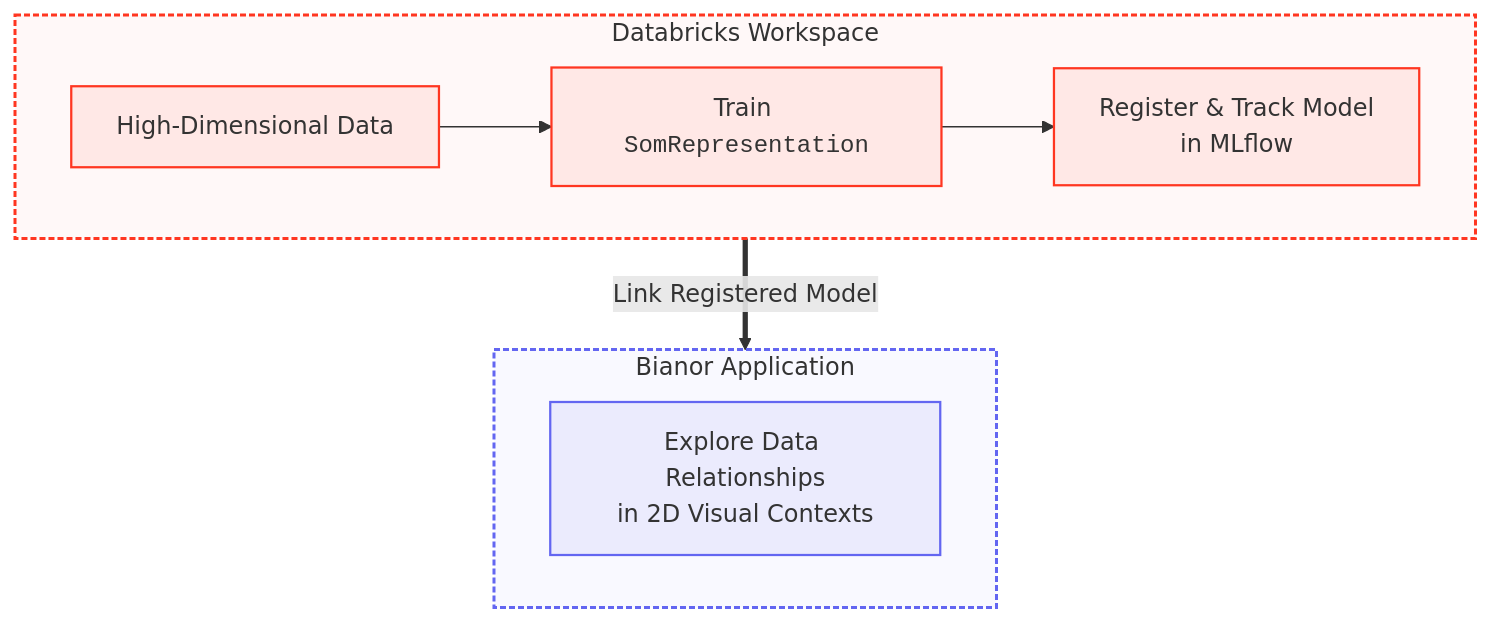
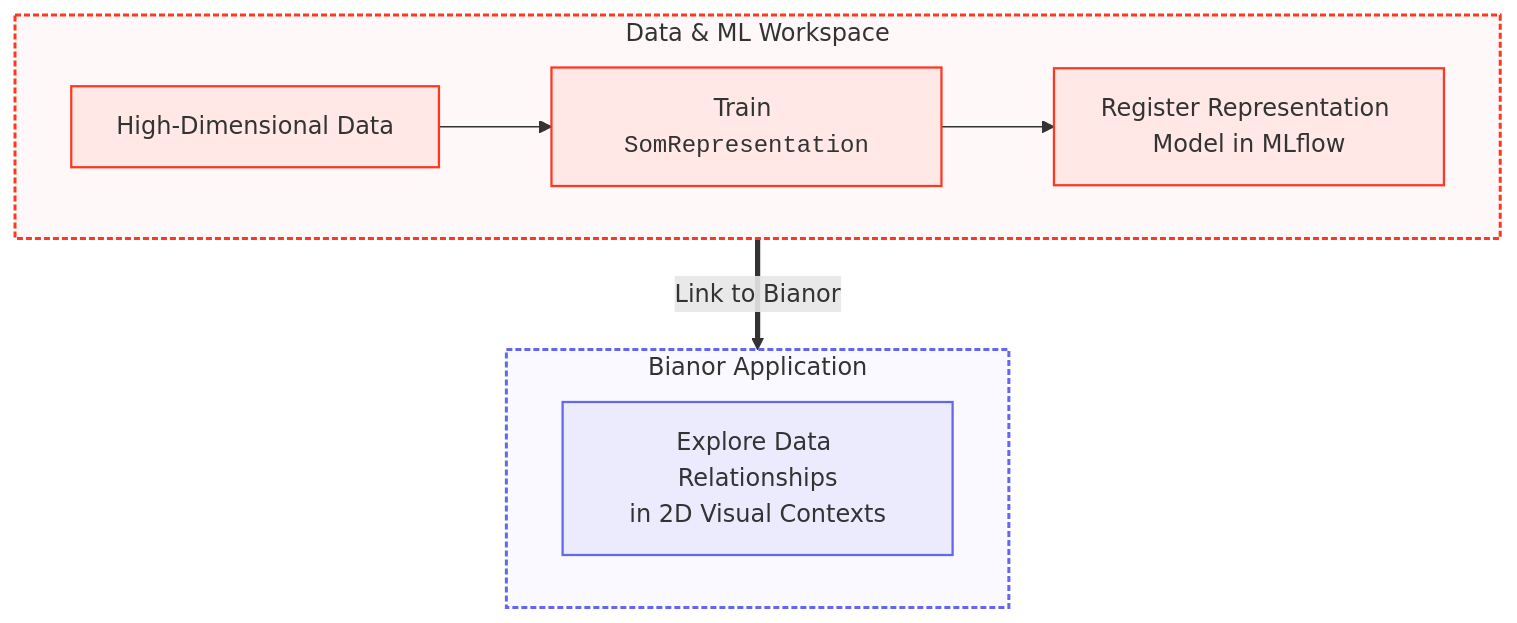
The diagram in docs/index.md (ophelia-rnd/bianor-studio), drawn with Mermaid before and after one commit. The commit also changed other lines of this file and 13 other files, not shown here.

````diff
--- a/docs/index.md
+++ b/docs/index.md
@@ -16,24 +16,24 @@
 ```mermaid
 flowchart TD
-    subgraph DBR ["Databricks Workspace"]
+    subgraph DBR ["Data & ML Workspace"]
         direction LR
         Data["High-Dimensional Data"] --> Train["Train <code>SomRepresentation</code>"]
-        Train --> Register["Register & Track Model<br/>in MLflow"]
+        Train --> Register["Register Representation Model in MLflow"]
     end
 
     subgraph BIANOR ["Bianor Application"]
         direction LR
         Explore["Explore Data Relationships<br/>in 2D Visual Contexts"]
     end
 
-    Register ==>|"Link Registered Model"| Explore
+    Register ==>|"Link to Bianor"| Explore
 
     style DBR fill:#ff362108,stroke:#FF3621,stroke-width:2px,stroke-dasharray: 4 2
     style BIANOR fill:#4f46e508,stroke:#6366f1,stroke-width:2px,stroke-dasharray: 4 2
 
     classDef databricks fill:#ff362115,stroke:#FF3621,stroke-width:1.5px;
     classDef bianor fill:#4f46e515,stroke:#6366f1,stroke-width:1.5px;
 
     class Data,Train,Register databricks;
     class Explore bianor;
 ```
````
